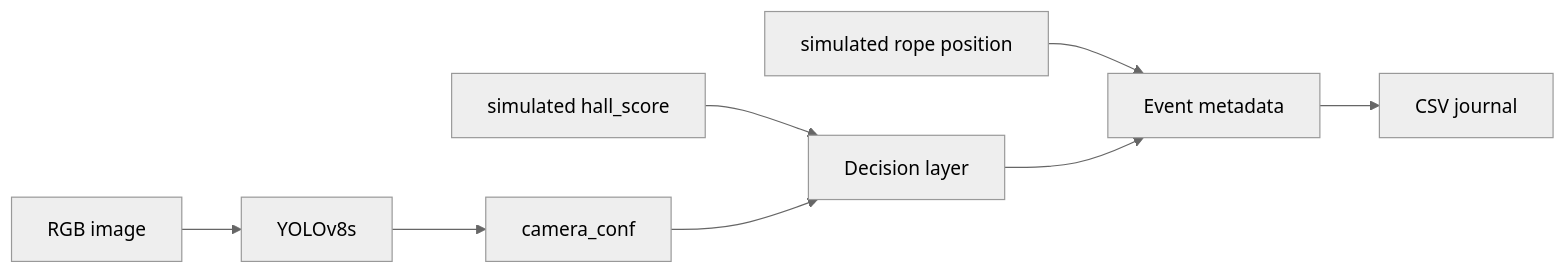
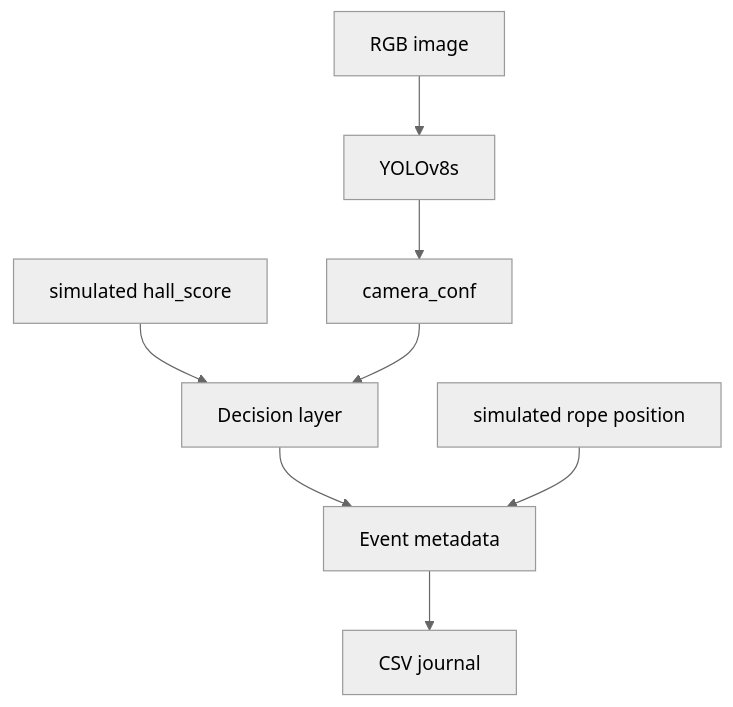
The second of 2 diagrams in README.md (IcyProfessor/wire-rope-defect-detection), drawn with Mermaid (neutral theme) before and after one commit. The commit also changed other lines of this file, not shown here.

````diff
--- a/README.md
+++ b/README.md
@@ -93,10 +96,13 @@
 ```mermaid
-flowchart LR
+flowchart TD
     A["RGB image"] --> B["YOLOv8s"]
     B --> C["camera_conf"]
+
     D["simulated hall_score"] --> F["Decision layer"]
-    E["simulated rope position"] --> G["Event metadata"]
     C --> F
-    F --> G
+
+    F --> G["Event metadata"]
+    E["simulated rope position"] --> G
+
     G --> H["CSV journal"]
 ```
````
